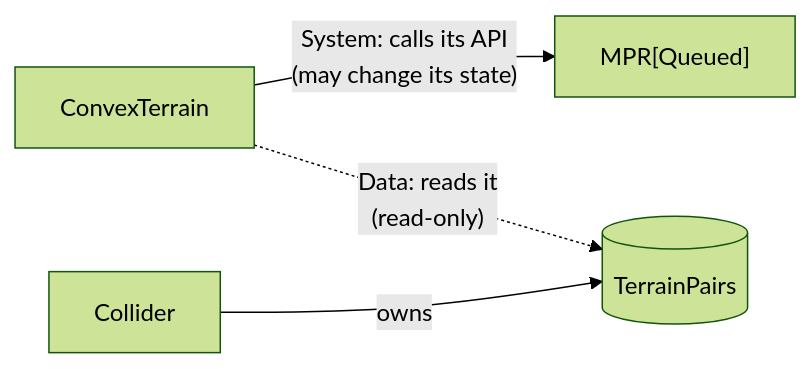
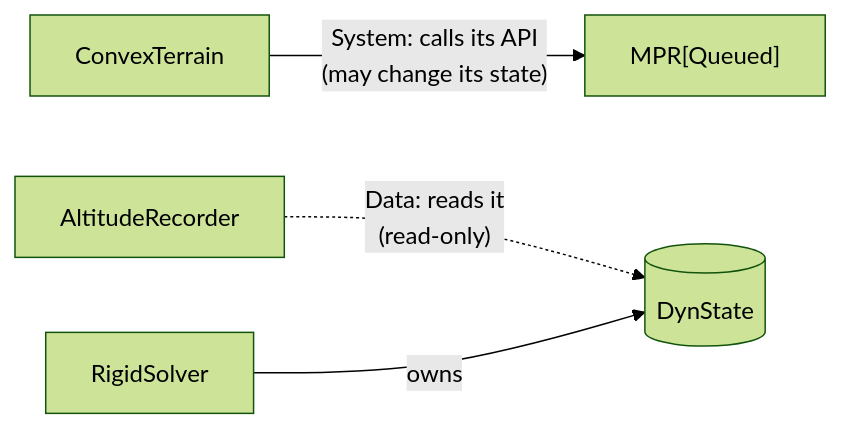
Before and after one commit to duburcqa/Genesis: the third of 12 diagrams in .github/contributing/PIPELINE.md, drawn with Mermaid (forest theme). The commit also changed other lines of this file and 23 other files, not shown here.

````diff
--- a/.github/contributing/PIPELINE.md
+++ b/.github/contributing/PIPELINE.md
@@ -110,6 +107,6 @@
 ```mermaid
 flowchart LR
     CT["ConvexTerrain"] -- "System: calls its API<br/>(may change its state)" --> MPR["MPR[Queued]"]
-    CT -. "Data: reads it<br/>(read-only)" .-> TP[("TerrainPairs")]
-    CO["Collider"] -- owns --> TP
+    AR["AltitudeRecorder"] -. "Data: reads it<br/>(read-only)" .-> DS[("DynState")]
+    RS["RigidSolver"] -- owns --> DS
 ```
````
